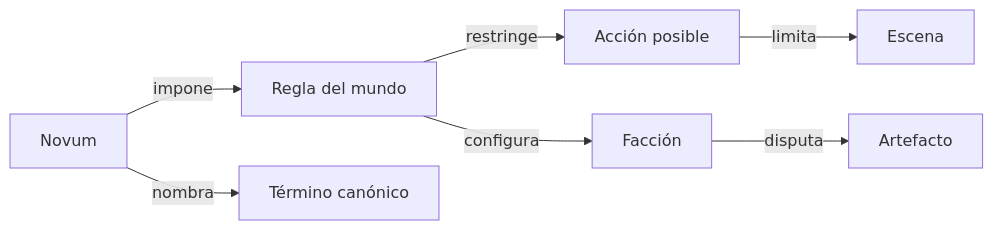
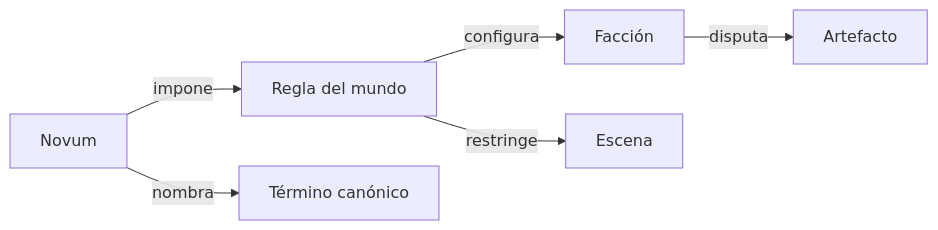
The ninth of 20 diagrams in docs/domain-knowledge.md (BrunoCrz3/MyStory), drawn with Mermaid before and after one commit. The commit also changed other lines of this file and 1 other file, not shown here.

````diff
--- a/docs/domain-knowledge.md
+++ b/docs/domain-knowledge.md
@@ -158,9 +160,8 @@
 ```mermaid
 flowchart LR
   NO[Novum] -->|impone| RG[Regla del mundo]
-  RG -->|restringe| ACC[Acción posible]
   NO -->|nombra| TC[Término canónico]
   RG -->|configura| FA[Facción]
   FA -->|disputa| AT[Artefacto]
-  ACC -->|limita| ESC[Escena]
+  RG -->|restringe| ESC[Escena]
 ```
````
